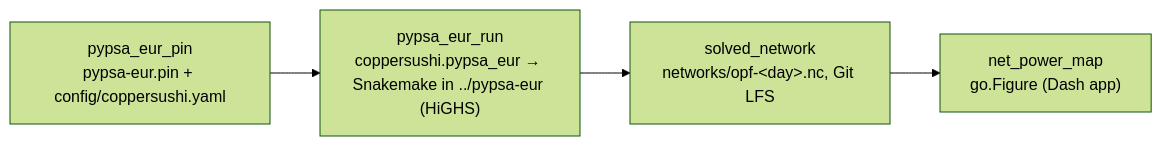
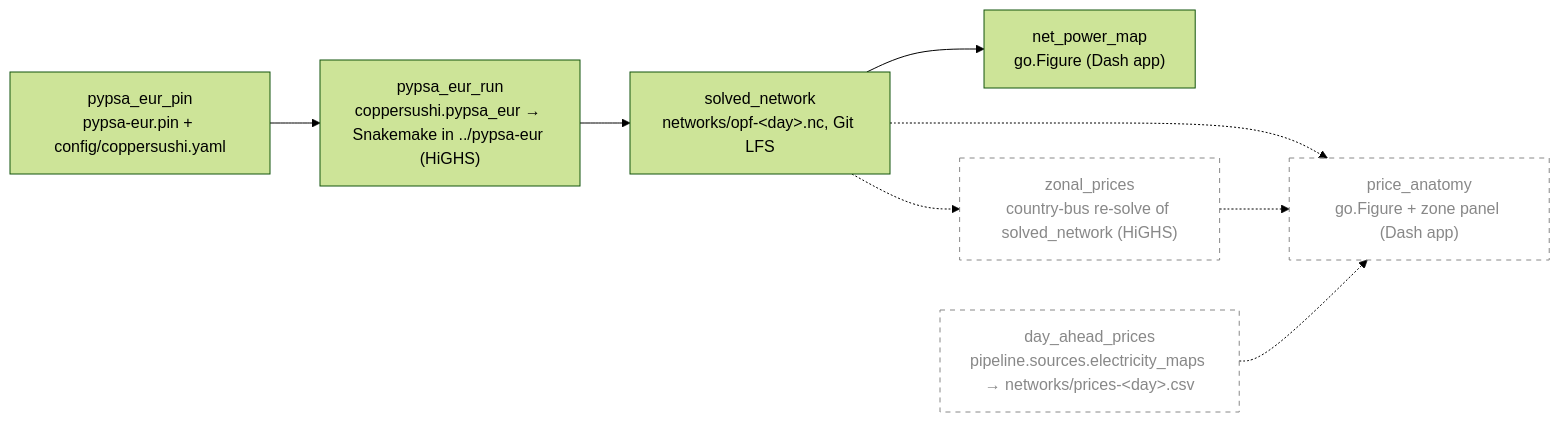
One commit to zoltanmaric/coppersushi changed the diagram in wiki/sushi-2.md. Above: the diagram before and after it, drawn with Mermaid (forest theme). The commit also changed 3 other files, not shown here.

First line of the commit message:
Plan the hackathon cut: price anatomy per zone

````diff
--- a/wiki/sushi-2.md
+++ b/wiki/sushi-2.md
@@ -16,14 +16,22 @@
 ```mermaid
 flowchart LR
     classDef planned stroke-dasharray: 5 5,stroke:#888,color:#888,fill:none
 
     net_power_map["net_power_map<br/>go.Figure (Dash app)"]
 
     pypsa_eur_pin["pypsa_eur_pin<br/>pypsa-eur.pin + config/coppersushi.yaml"]
     pypsa_eur_run["pypsa_eur_run<br/>coppersushi.pypsa_eur → Snakemake in ../pypsa-eur (HiGHS)"]
     solved_network["solved_network<br/>networks/opf-&lt;day&gt;.nc, Git LFS"]
 
+    zonal_prices["zonal_prices<br/>country-bus re-solve of solved_network (HiGHS)"]:::planned
+    day_ahead_prices["day_ahead_prices<br/>pipeline.sources.electricity_maps → networks/prices-&lt;day&gt;.csv"]:::planned
+    price_anatomy["price_anatomy<br/>go.Figure + zone panel (Dash app)"]:::planned
+
     pypsa_eur_pin --> pypsa_eur_run
     pypsa_eur_run --> solved_network
     solved_network --> net_power_map
+    solved_network -.-> zonal_prices
+    solved_network -.-> price_anatomy
+    zonal_prices -.-> price_anatomy
+    day_ahead_prices -.-> price_anatomy
 ```
````
